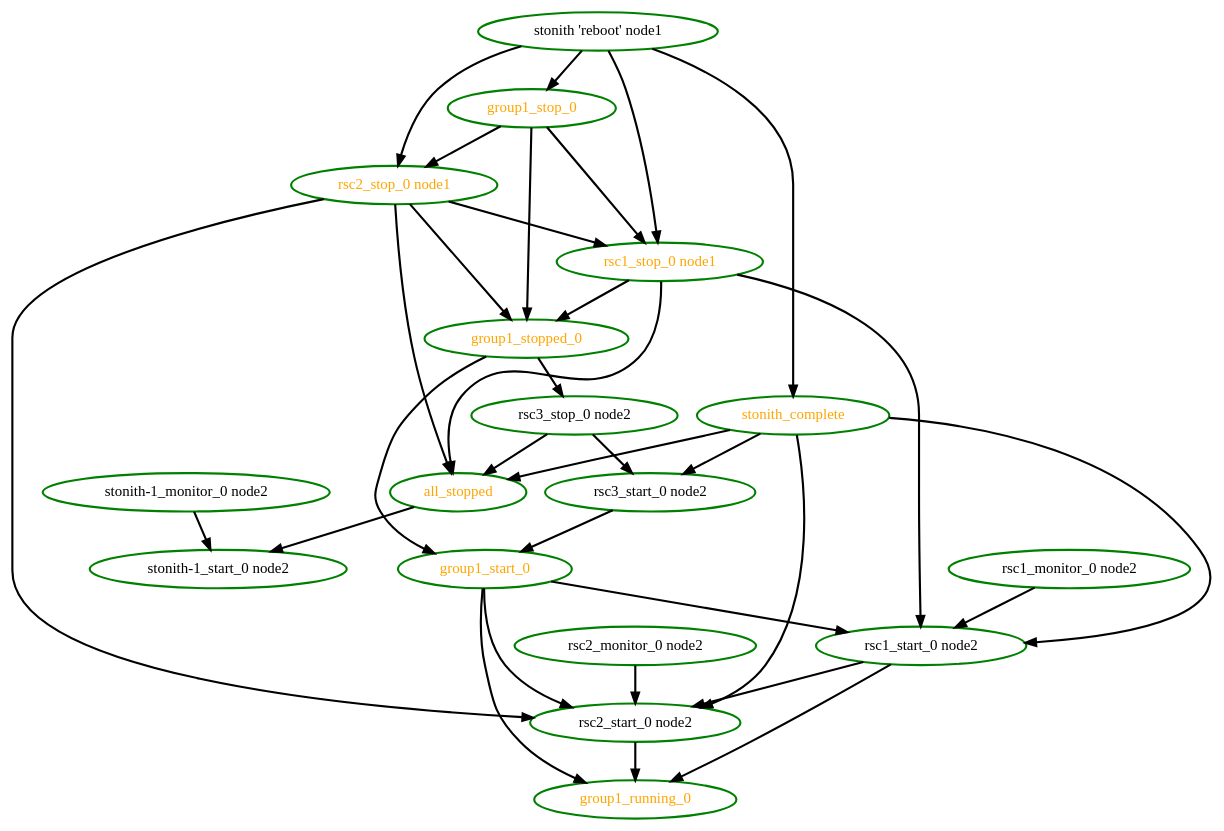
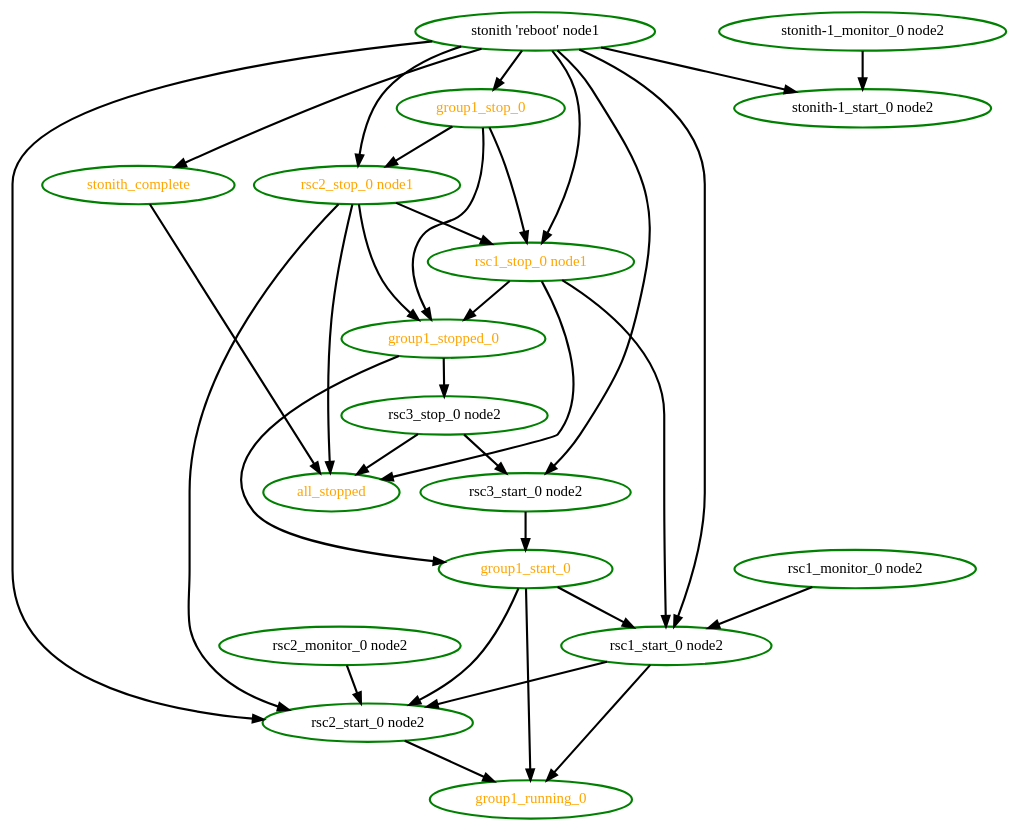
The diagram in cts/scheduler/rec-node-11.dot (ClusterLabs/pacemaker), drawn with Graphviz before and after one commit. The commit also changed 144 other files, not shown here.

```diff
--- a/cts/scheduler/rec-node-11.dot
+++ b/cts/scheduler/rec-node-11.dot
@@ -1,52 +1,52 @@
 digraph "g" {
-"all_stopped" -> "stonith-1_start_0 node2" [ style = bold]
 "all_stopped" [ style=bold color="green" fontcolor="orange" ]
 "group1_running_0" [ style=bold color="green" fontcolor="orange" ]
 "group1_start_0" -> "group1_running_0" [ style = bold]
 "group1_start_0" -> "rsc1_start_0 node2" [ style = bold]
 "group1_start_0" -> "rsc2_start_0 node2" [ style = bold]
 "group1_start_0" [ style=bold color="green" fontcolor="orange" ]
 "group1_stop_0" -> "group1_stopped_0" [ style = bold]
 "group1_stop_0" -> "rsc1_stop_0 node1" [ style = bold]
 "group1_stop_0" -> "rsc2_stop_0 node1" [ style = bold]
 "group1_stop_0" [ style=bold color="green" fontcolor="orange" ]
 "group1_stopped_0" -> "group1_start_0" [ style = bold]
 "group1_stopped_0" -> "rsc3_stop_0 node2" [ style = bold]
 "group1_stopped_0" [ style=bold color="green" fontcolor="orange" ]
 "rsc1_monitor_0 node2" -> "rsc1_start_0 node2" [ style = bold]
 "rsc1_monitor_0 node2" [ style=bold color="green" fontcolor="black" ]
 "rsc1_start_0 node2" -> "group1_running_0" [ style = bold]
 "rsc1_start_0 node2" -> "rsc2_start_0 node2" [ style = bold]
 "rsc1_start_0 node2" [ style=bold color="green" fontcolor="black" ]
 "rsc1_stop_0 node1" -> "all_stopped" [ style = bold]
 "rsc1_stop_0 node1" -> "group1_stopped_0" [ style = bold]
 "rsc1_stop_0 node1" -> "rsc1_start_0 node2" [ style = bold]
 "rsc1_stop_0 node1" [ style=bold color="green" fontcolor="orange" ]
 "rsc2_monitor_0 node2" -> "rsc2_start_0 node2" [ style = bold]
 "rsc2_monitor_0 node2" [ style=bold color="green" fontcolor="black" ]
 "rsc2_start_0 node2" -> "group1_running_0" [ style = bold]
 "rsc2_start_0 node2" [ style=bold color="green" fontcolor="black" ]
 "rsc2_stop_0 node1" -> "all_stopped" [ style = bold]
 "rsc2_stop_0 node1" -> "group1_stopped_0" [ style = bold]
 "rsc2_stop_0 node1" -> "rsc1_stop_0 node1" [ style = bold]
 "rsc2_stop_0 node1" -> "rsc2_start_0 node2" [ style = bold]
 "rsc2_stop_0 node1" [ style=bold color="green" fontcolor="orange" ]
 "rsc3_start_0 node2" -> "group1_start_0" [ style = bold]
 "rsc3_start_0 node2" [ style=bold color="green" fontcolor="black" ]
 "rsc3_stop_0 node2" -> "all_stopped" [ style = bold]
 "rsc3_stop_0 node2" -> "rsc3_start_0 node2" [ style = bold]
 "rsc3_stop_0 node2" [ style=bold color="green" fontcolor="black" ]
 "stonith 'reboot' node1" -> "group1_stop_0" [ style = bold]
+"stonith 'reboot' node1" -> "rsc1_start_0 node2" [ style = bold]
 "stonith 'reboot' node1" -> "rsc1_stop_0 node1" [ style = bold]
+"stonith 'reboot' node1" -> "rsc2_start_0 node2" [ style = bold]
 "stonith 'reboot' node1" -> "rsc2_stop_0 node1" [ style = bold]
+"stonith 'reboot' node1" -> "rsc3_start_0 node2" [ style = bold]
+"stonith 'reboot' node1" -> "stonith-1_start_0 node2" [ style = bold]
 "stonith 'reboot' node1" -> "stonith_complete" [ style = bold]
 "stonith 'reboot' node1" [ style=bold color="green" fontcolor="black"]
 "stonith-1_monitor_0 node2" -> "stonith-1_start_0 node2" [ style = bold]
 "stonith-1_monitor_0 node2" [ style=bold color="green" fontcolor="black" ]
 "stonith-1_start_0 node2" [ style=bold color="green" fontcolor="black" ]
 "stonith_complete" -> "all_stopped" [ style = bold]
-"stonith_complete" -> "rsc1_start_0 node2" [ style = bold]
-"stonith_complete" -> "rsc2_start_0 node2" [ style = bold]
-"stonith_complete" -> "rsc3_start_0 node2" [ style = bold]
 "stonith_complete" [ style=bold color="green" fontcolor="orange" ]
 }
```
